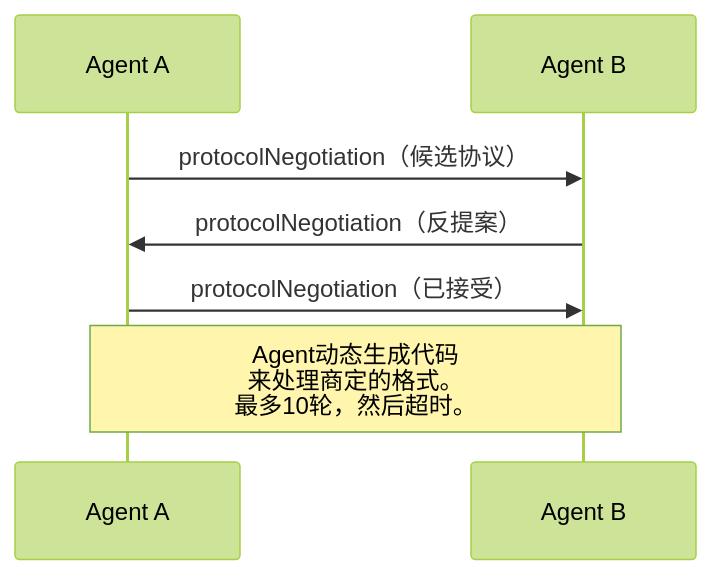
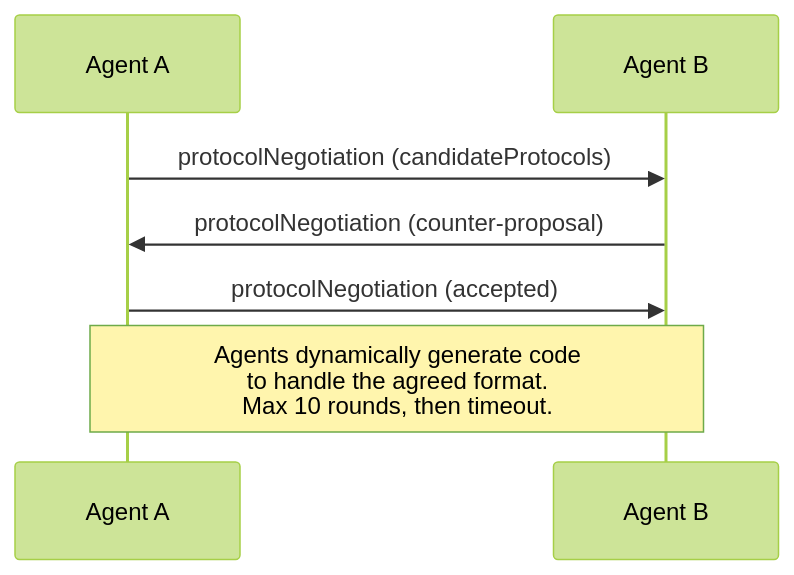
Before and after one commit to xiaojiaenen/ai-engineering-from-scratch-zh: the tenth of 13 diagrams in i18n/zh/phases/16-multi-agent-and-swarms/03-communication-protocols/docs/zh.md, drawn with Mermaid (forest theme). The commit also changed other lines of this file and 25 other files, not shown here.

````diff
--- a/i18n/zh/phases/16-multi-agent-and-swarms/03-communication-protocols/docs/zh.md
+++ b/i18n/zh/phases/16-multi-agent-and-swarms/03-communication-protocols/docs/zh.md
@@ -540,10 +540,10 @@
 ```mermaid
 sequenceDiagram
     participant A as Agent A
     participant B as Agent B
 
-    A->>B: protocolNegotiation（候选协议）
-    B->>A: protocolNegotiation（反提案）
-    A->>B: protocolNegotiation（已接受）
-    Note over A,B: Agent动态生成代码<br/>来处理商定的格式。<br/>最多10轮，然后超时。
+    A->>B: protocolNegotiation (candidateProtocols)
+    B->>A: protocolNegotiation (counter-proposal)
+    A->>B: protocolNegotiation (accepted)
+    Note over A,B: Agents dynamically generate code<br/>to handle the agreed format.<br/>Max 10 rounds, then timeout.
 ```
````
